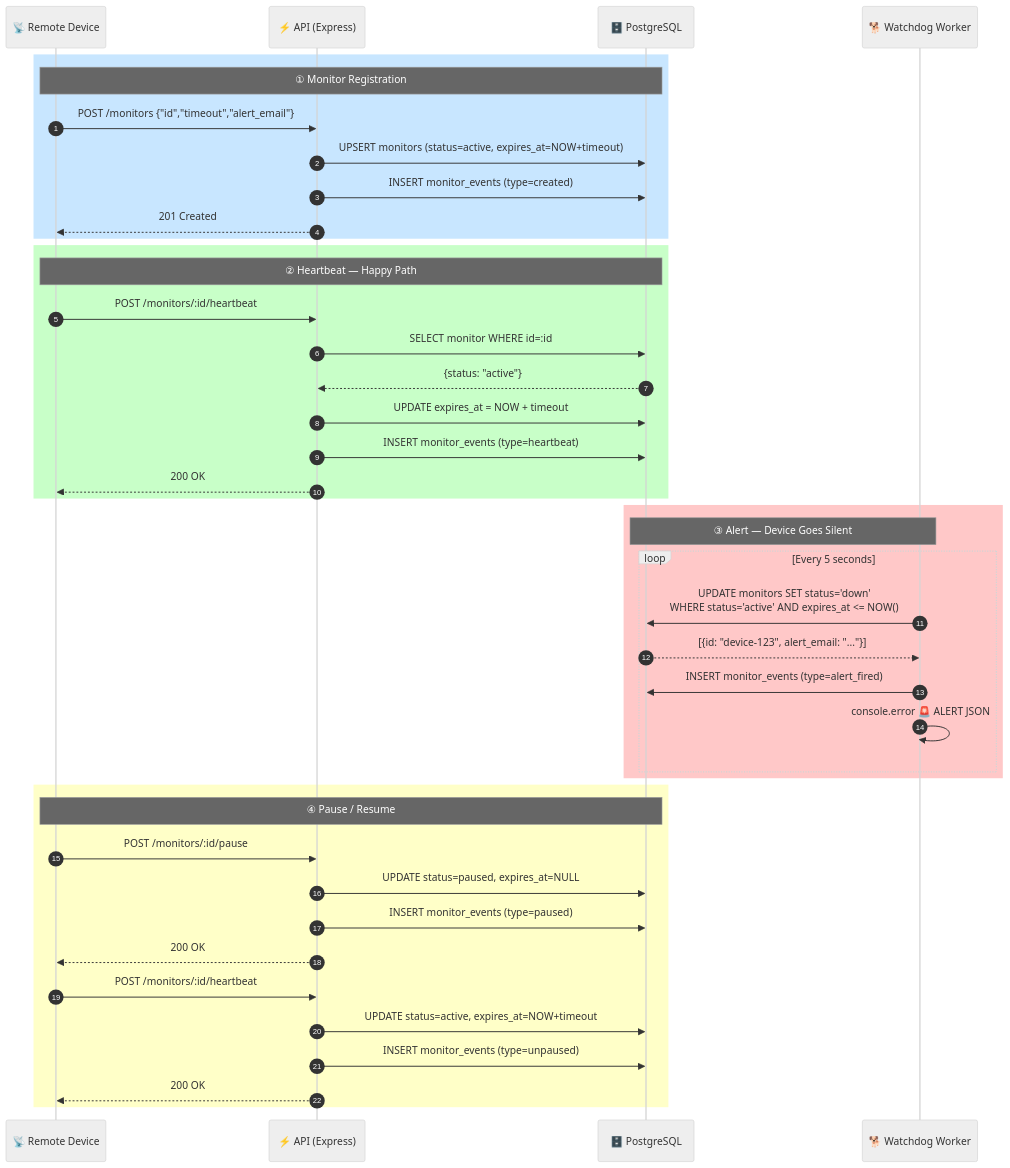
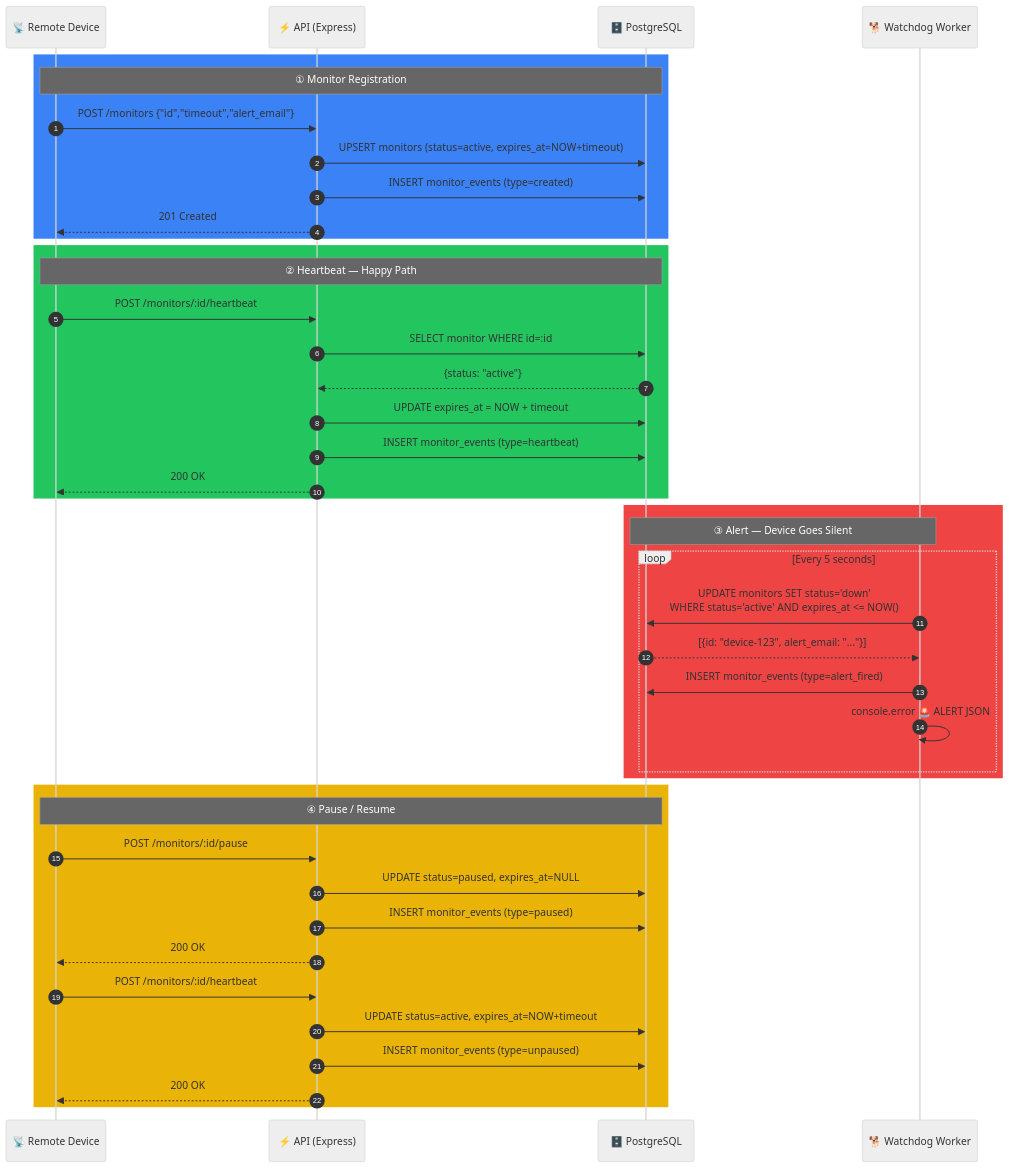
The diagram in README.md (Kelsey-SG/Pulse-Check-API), drawn with Mermaid (neutral theme) before and after one commit. The commit also changed other lines of this file, not shown here.

Commit message:
Updated sequence diagram in README

````diff
--- a/README.md
+++ b/README.md
@@ -32,49 +30,49 @@
 ```mermaid
 sequenceDiagram
     autonumber
     participant D  as 📡 Remote Device
     participant A  as ⚡ API (Express)
     participant DB as 🗄️ PostgreSQL
     participant W  as 🐕 Watchdog Worker
 
-    rect rgb(200, 230, 255)
+    rect rgb(59, 130, 246)
         Note over D,DB: ① Monitor Registration
         D->>A: POST /monitors {"id","timeout","alert_email"}
         A->>DB: UPSERT monitors (status=active, expires_at=NOW+timeout)
         A->>DB: INSERT monitor_events (type=created)
         A-->>D: 201 Created
     end
 
-    rect rgb(200, 255, 200)
+    rect rgb(34, 197, 94)
         Note over D,DB: ② Heartbeat — Happy Path
         D->>A: POST /monitors/:id/heartbeat
         A->>DB: SELECT monitor WHERE id=:id
         DB-->>A: {status: "active"}
         A->>DB: UPDATE expires_at = NOW + timeout
         A->>DB: INSERT monitor_events (type=heartbeat)
         A-->>D: 200 OK
     end
 
-    rect rgb(255, 200, 200)
+    rect rgb(239, 68, 68)
         Note over W,DB: ③ Alert — Device Goes Silent
         loop Every 5 seconds
             W->>DB: UPDATE monitors SET status='down'<br/>WHERE status='active' AND expires_at <= NOW()
             DB-->>W: [{id: "device-123", alert_email: "..."}]
             W->>DB: INSERT monitor_events (type=alert_fired)
             W->>W: console.error 🚨 ALERT JSON
         end
     end
 
-    rect rgb(255, 255, 200)
+    rect rgb(234, 179, 8)
         Note over D,DB: ④ Pause / Resume
         D->>A: POST /monitors/:id/pause
         A->>DB: UPDATE status=paused, expires_at=NULL
         A->>DB: INSERT monitor_events (type=paused)
         A-->>D: 200 OK
 
         D->>A: POST /monitors/:id/heartbeat
         A->>DB: UPDATE status=active, expires_at=NOW+timeout
         A->>DB: INSERT monitor_events (type=unpaused)
         A-->>D: 200 OK
     end
 ```
````
